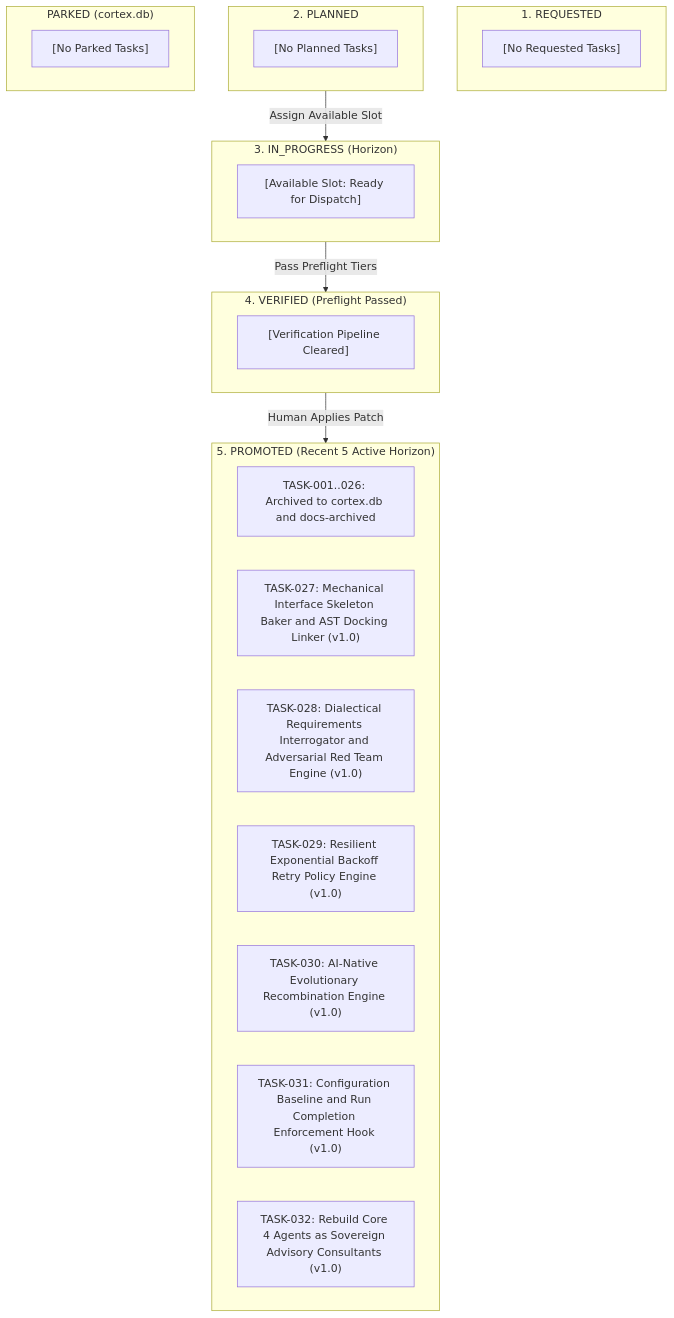
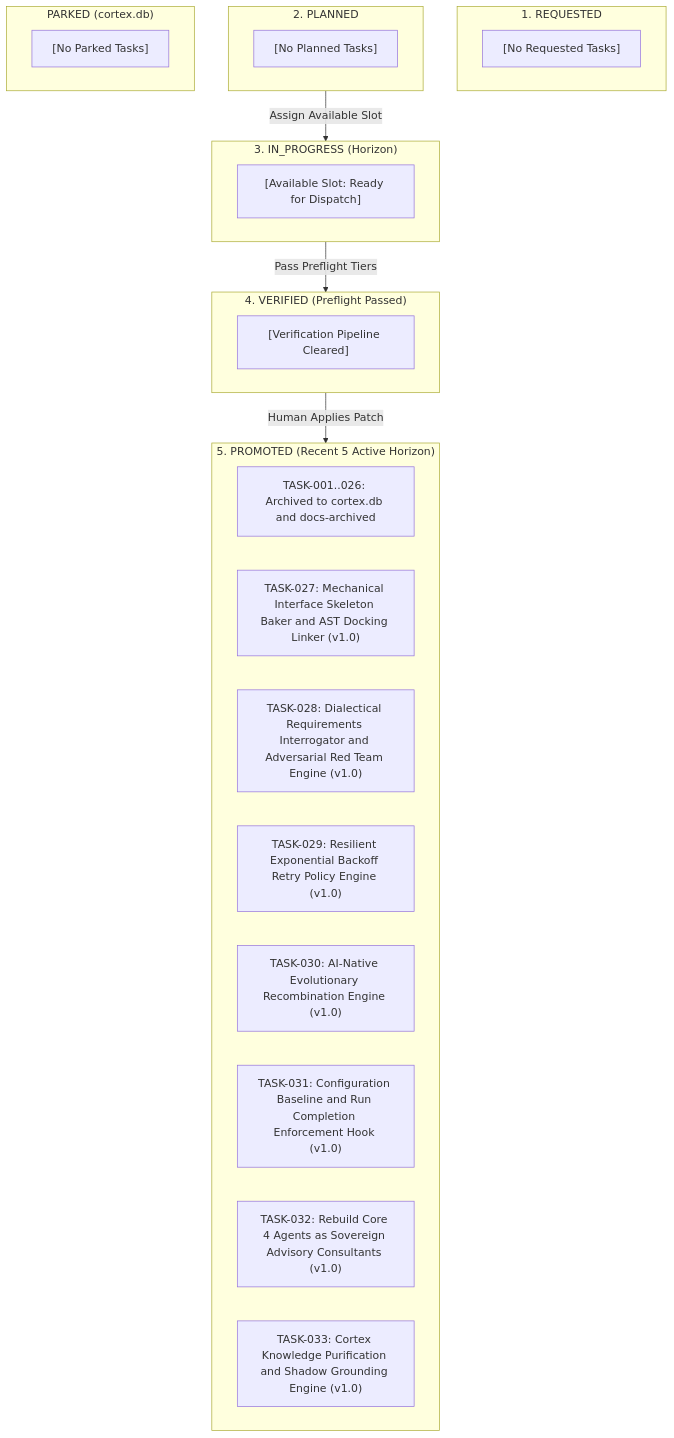
Before and after one commit to jinseobhong/antigravity-autopoiesis: the third of 4 diagrams in docs/active/CURRENT_STATE.md, drawn with Mermaid. The commit also changed other lines of this file and 4 other files, not shown here.

Commit message:
feat(grounding): implement shadow grounding engine and purge 174 cortex spam records (TASK-033)

````diff
--- a/docs/active/CURRENT_STATE.md
+++ b/docs/active/CURRENT_STATE.md
@@ -122,36 +122,37 @@
 ```mermaid
 flowchart TD
     subgraph ColRequested ["1. REQUESTED"]
         REQ_100["[No Requested Tasks]"]
     end
 
     subgraph ColPlanned ["2. PLANNED"]
         PLN_100["[No Planned Tasks]"]
     end
 
     subgraph ColParked ["PARKED (cortex.db)"]
         PRK_100["[No Parked Tasks]"]
     end
 
     subgraph ColActive ["3. IN_PROGRESS (Horizon)"]
         ACT_100["[Available Slot: Ready for Dispatch]"]
     end
 
     subgraph ColVerified ["4. VERIFIED (Preflight Passed)"]
         VER_100["[Verification Pipeline Cleared]"]
     end
 
     subgraph ColPromoted ["5. PROMOTED (Recent 5 Active Horizon)"]
         PRM_ARCH["TASK-001..026: Archived to cortex.db and docs-archived"]
         PRM_127["TASK-027: Mechanical Interface Skeleton Baker and AST Docking Linker (v1.0)"]
         PRM_128["TASK-028: Dialectical Requirements Interrogator and Adversarial Red Team Engine (v1.0)"]
         PRM_129["TASK-029: Resilient Exponential Backoff Retry Policy Engine (v1.0)"]
         PRM_130["TASK-030: AI-Native Evolutionary Recombination Engine (v1.0)"]
         PRM_131["TASK-031: Configuration Baseline and Run Completion Enforcement Hook (v1.0)"]
         PRM_132["TASK-032: Rebuild Core 4 Agents as Sovereign Advisory Consultants (v1.0)"]
+        PRM_133["TASK-033: Cortex Knowledge Purification and Shadow Grounding Engine (v1.0)"]
     end
 
     ColPlanned -->|"Assign Available Slot"| ColActive
     ColActive -->|"Pass Preflight Tiers"| ColVerified
     ColVerified -->|"Human Applies Patch"| ColPromoted
 ```
````
